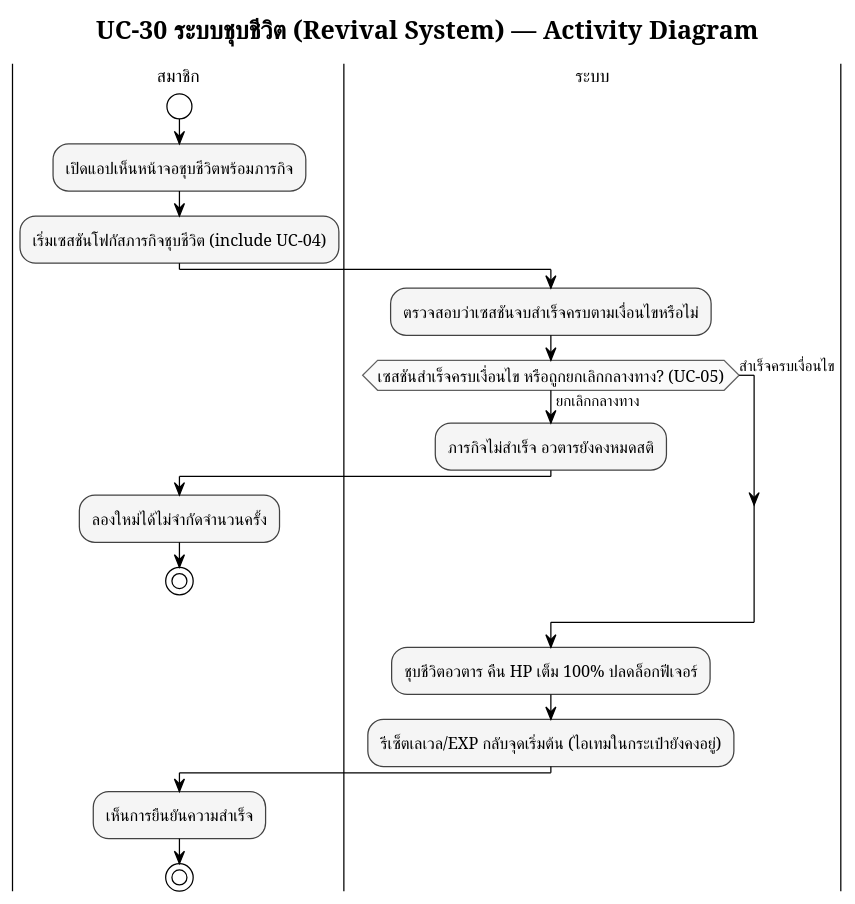
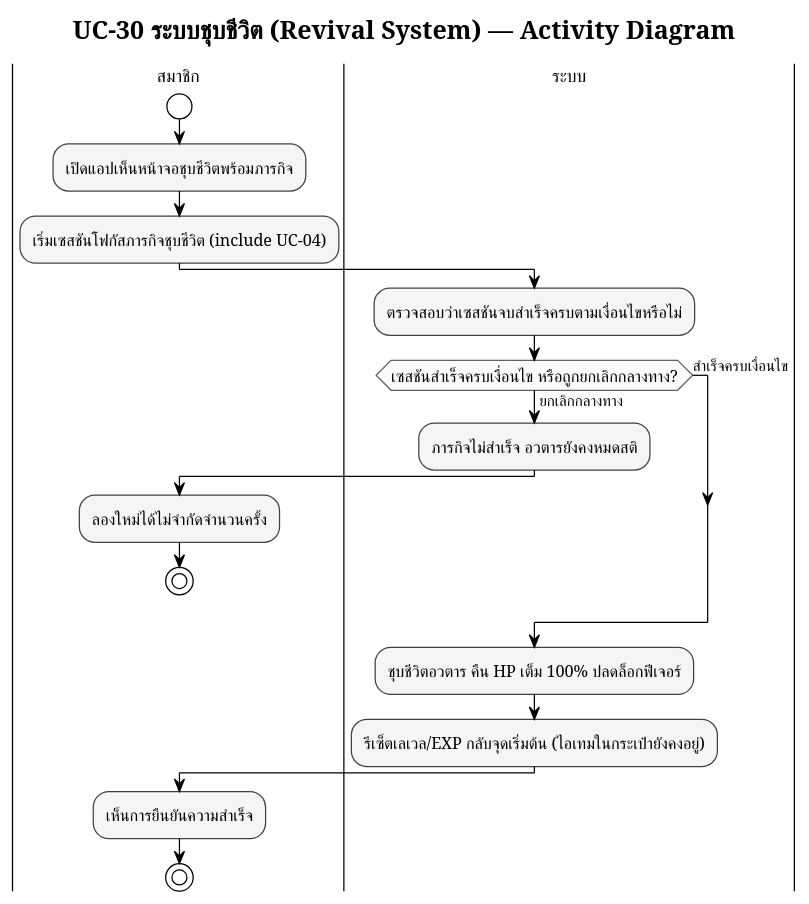
Before and after one commit to popotaroman-cloud/dssiprj-pad: the diagram in proposal/usecase/activity_module4_uc30.puml, drawn with PlantUML. The commit also changed 23 other files, not shown here.

Commit message:
แก้ usecase_description,usecase_activity,usecase_diagram,usecase_description,ui_state_diadgram

```diff
--- a/proposal/usecase/activity_module4_uc30.puml
+++ b/proposal/usecase/activity_module4_uc30.puml
@@ -1,51 +1,51 @@
 @startuml M4_activity_ระบบชุบชีวิต
 !pragma layout smetana
 skinparam defaultFontName "TH Sarabun New"
 skinparam defaultFontSize 14
 
 !theme plain
 skinparam titleFontName "TH Sarabun New"
 skinparam titleFontSize 20
 skinparam noteFontName "TH Sarabun New"
 skinparam ArrowFontName "TH Sarabun New"
 skinparam ArrowFontSize 12
 skinparam swimlaneTitleFontName "TH Sarabun New"
 skinparam swimlaneTitleFontSize 14
 
 skinparam activity {
   BackgroundColor #F5F5F5
   BorderColor #424242
   FontName "TH Sarabun New"
   FontSize 13
   DiamondBackgroundColor #FAFAFA
   DiamondBorderColor #616161
 }
 
 title UC-30 ระบบชุบชีวิต (Revival System) — Activity Diagram
 
 |สมาชิก|
 start
 :เปิดแอปเห็นหน้าจอชุบชีวิตพร้อมภารกิจ;
 :เริ่มเซสชันโฟกัสภารกิจชุบชีวิต (include UC-04);
 
 |ระบบ|
 :ตรวจสอบว่าเซสชันจบสำเร็จครบตามเงื่อนไขหรือไม่;
 
-if (เซสชันสำเร็จครบเงื่อนไข หรือถูกยกเลิกกลางทาง? (UC-05)) then (ยกเลิกกลางทาง)
+if (เซสชันสำเร็จครบเงื่อนไข หรือถูกยกเลิกกลางทาง?) then (ยกเลิกกลางทาง)
   :ภารกิจไม่สำเร็จ อวตารยังคงหมดสติ;
   |สมาชิก|
   :ลองใหม่ได้ไม่จำกัดจำนวนครั้ง;
   stop
 else (สำเร็จครบเงื่อนไข)
 endif
 
 |ระบบ|
 :ชุบชีวิตอวตาร คืน HP เต็ม 100% ปลดล็อกฟีเจอร์;
 :รีเซ็ตเลเวล/EXP กลับจุดเริ่มต้น (ไอเทมในกระเป๋ายังคงอยู่);
 
 |สมาชิก|
 :เห็นการยืนยันความสำเร็จ;
 
 stop
 
 @enduml
```
